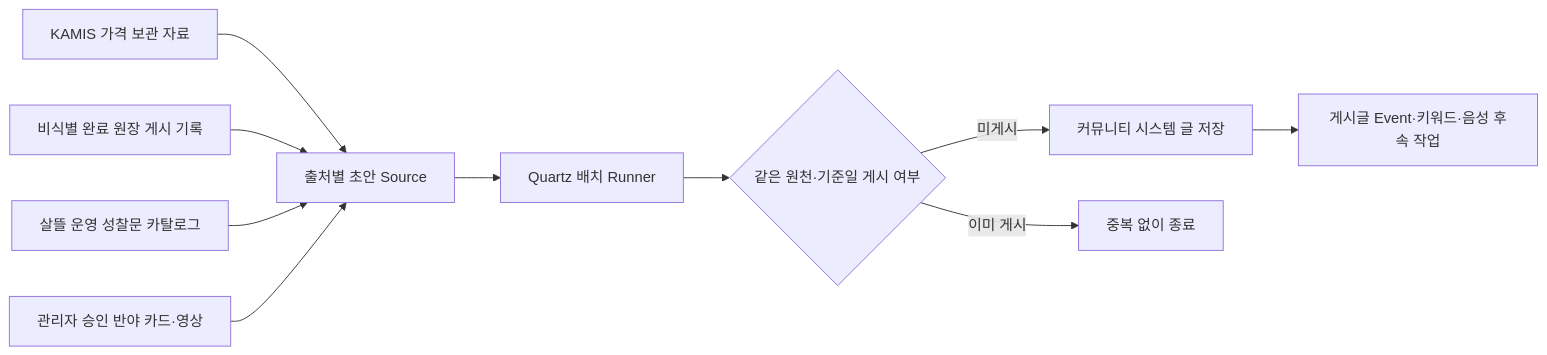
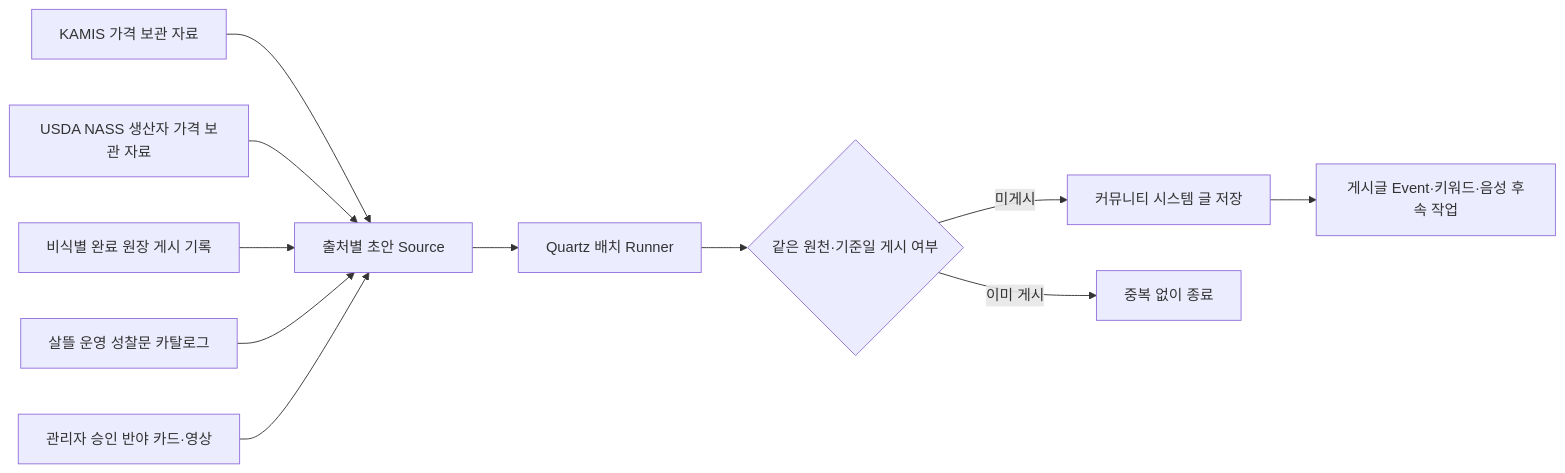
One commit to cheolwo/hongdal changed the diagram in docs/Architecture/CommunityAutomatedEditorialBatch.md. Above: the diagram before and after it, drawn with Mermaid. The commit also changed other lines of this file and 19 other files, not shown here.

````diff
--- a/docs/Architecture/CommunityAutomatedEditorialBatch.md
+++ b/docs/Architecture/CommunityAutomatedEditorialBatch.md
@@ -7,12 +7,13 @@
 ```mermaid
 flowchart LR
     A["KAMIS 가격 보관 자료"] --> D["출처별 초안 Source"]
+    A1["USDA NASS 생산자 가격 보관 자료"] --> D
     B["비식별 완료 원장 게시 기록"] --> D
     C["살뜰 운영 성찰문 카탈로그"] --> D
     P["관리자 승인 반야 카드·영상"] --> D
     D --> E["Quartz 배치 Runner"]
     E --> F{"같은 원천·기준일 게시 여부"}
     F -->|미게시| G["커뮤니티 시스템 글 저장"]
     F -->|이미 게시| H["중복 없이 종료"]
     G --> I["게시글 Event·키워드·음성 후속 작업"]
 ```
````
